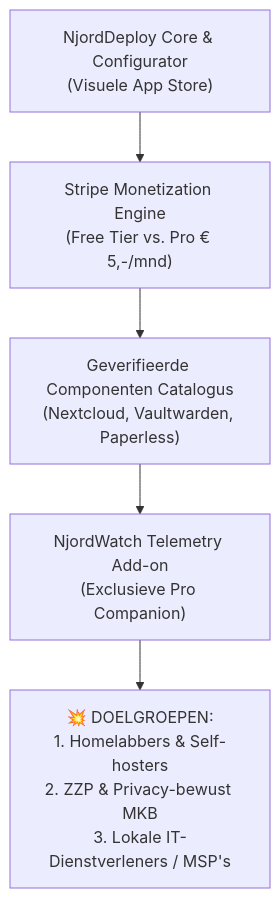
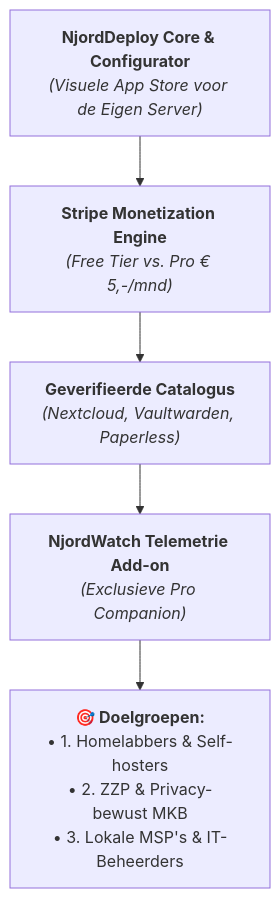
One commit to HenkVanHoek/njord-deploy changed the first of 3 diagrams in docs/COMMERCIELE_ROADMAP_EN_GO_TO_MARKET.md. Above: the diagram before and after it, drawn with Mermaid. The commit also changed other lines of this file, not shown here.

Commit message:
docs(commercial): optimaliseer Mermaid diagrammen naar compacte flowchart TD voor PDF export

````diff
--- a/docs/COMMERCIELE_ROADMAP_EN_GO_TO_MARKET.md
+++ b/docs/COMMERCIELE_ROADMAP_EN_GO_TO_MARKET.md
@@ -22,8 +22,10 @@
 ```mermaid
 flowchart TD
-    A["NjordDeploy Core & Configurator<br/>(Visuele App Store)"] --> B["Stripe Monetization Engine<br/>(Free Tier vs. Pro € 5,-/mnd)"]
-    B --> C["Geverifieerde Componenten Catalogus<br/>(Nextcloud, Vaultwarden, Paperless)"]
-    C --> D["NjordWatch Telemetry Add-on<br/>(Exclusieve Pro Companion)"]
+    A["<b>NjordDeploy Core & Configurator</b><br/><i>(Visuele App Store voor de Eigen Server)</i>"]
+    B["<b>Stripe Monetization Engine</b><br/><i>(Free Tier vs. Pro € 5,-/mnd)</i>"]
+    C["<b>Geverifieerde Catalogus</b><br/><i>(Nextcloud, Vaultwarden, Paperless)</i>"]
+    D["<b>NjordWatch Telemetrie Add-on</b><br/><i>(Exclusieve Pro Companion)</i>"]
+    E["<b>🎯 Doelgroepen:</b><br/>• 1. Homelabbers & Self-hosters<br/>• 2. ZZP & Privacy-bewust MKB<br/>• 3. Lokale MSP's & IT-Beheerders"]
 
-    D --> E["💥 DOELGROEPEN:<br/>1. Homelabbers & Self-hosters<br/>2. ZZP & Privacy-bewust MKB<br/>3. Lokale IT-Dienstverleners / MSP's"]
+    A --> B --> C --> D --> E
 ```
````
